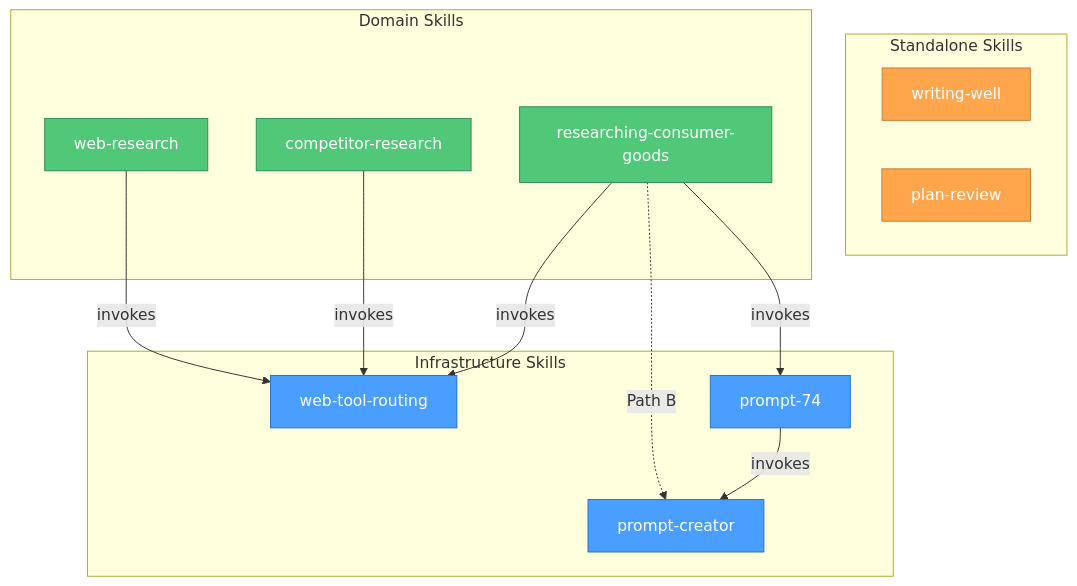
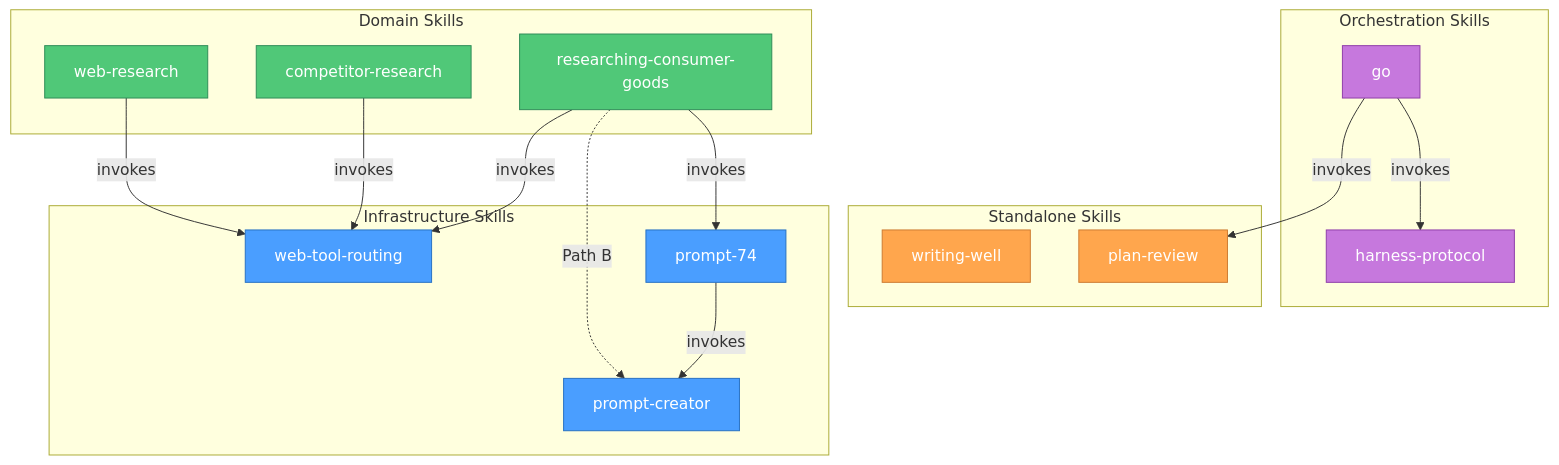
The diagram in README.md (yanchuk/skill-arsenal), drawn with Mermaid before and after one commit. The commit also changed other lines of this file and 9 other files, not shown here.

First line of the commit message:
Add orchestration skills: harness-protocol and go

````diff
--- a/README.md
+++ b/README.md
@@ -34,39 +41,50 @@
 ```mermaid
 graph TB
+    subgraph Orchestration["Orchestration Skills"]
+        GO["go"]
+        HP["harness-protocol"]
+    end
+
     subgraph Standalone["Standalone Skills"]
         WW["writing-well"]
         PR["plan-review"]
     end
 
     subgraph Domain["Domain Skills"]
         WR["web-research"]
         CR["competitor-research"]
         RCG["researching-consumer-goods"]
     end
 
     subgraph Infrastructure["Infrastructure Skills"]
         WTR["web-tool-routing"]
         PC["prompt-creator"]
         P74["prompt-74"]
     end
+
+    %% Orchestration → other skills
+    GO -->|"invokes"| HP
+    GO -->|"invokes"| PR
 
     %% Domain → Infrastructure invocations
     WR -->|"invokes"| WTR
     CR -->|"invokes"| WTR
     RCG -->|"invokes"| WTR
     RCG -.->|"Path B"| PC
     RCG -->|"invokes"| P74
 
     %% Infrastructure → Infrastructure
     P74 -->|"invokes"| PC
 
     %% Styling
     style WTR fill:#4a9eff,stroke:#2670c2,color:#fff
     style PC fill:#4a9eff,stroke:#2670c2,color:#fff
     style P74 fill:#4a9eff,stroke:#2670c2,color:#fff
     style WR fill:#50c878,stroke:#2e8b57,color:#fff
     style CR fill:#50c878,stroke:#2e8b57,color:#fff
     style RCG fill:#50c878,stroke:#2e8b57,color:#fff
     style WW fill:#ffa64d,stroke:#cc7a30,color:#fff
     style PR fill:#ffa64d,stroke:#cc7a30,color:#fff
+    style GO fill:#c678dd,stroke:#8e3da8,color:#fff
+    style HP fill:#c678dd,stroke:#8e3da8,color:#fff
 ```
````
